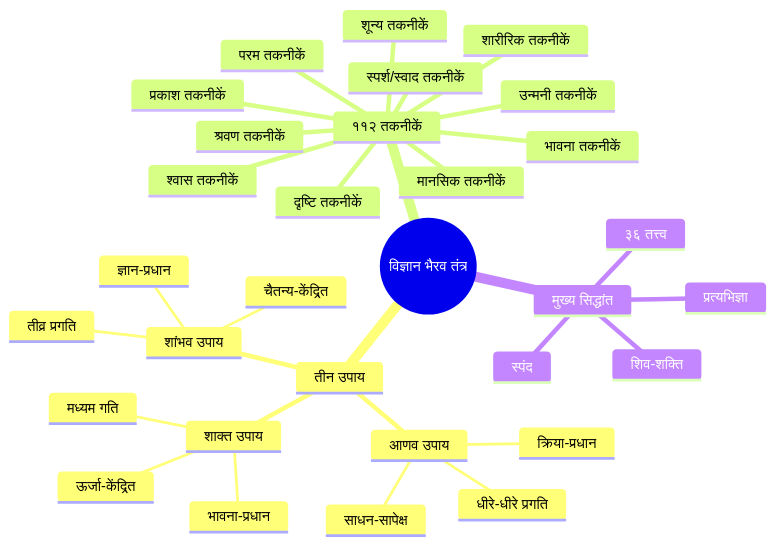
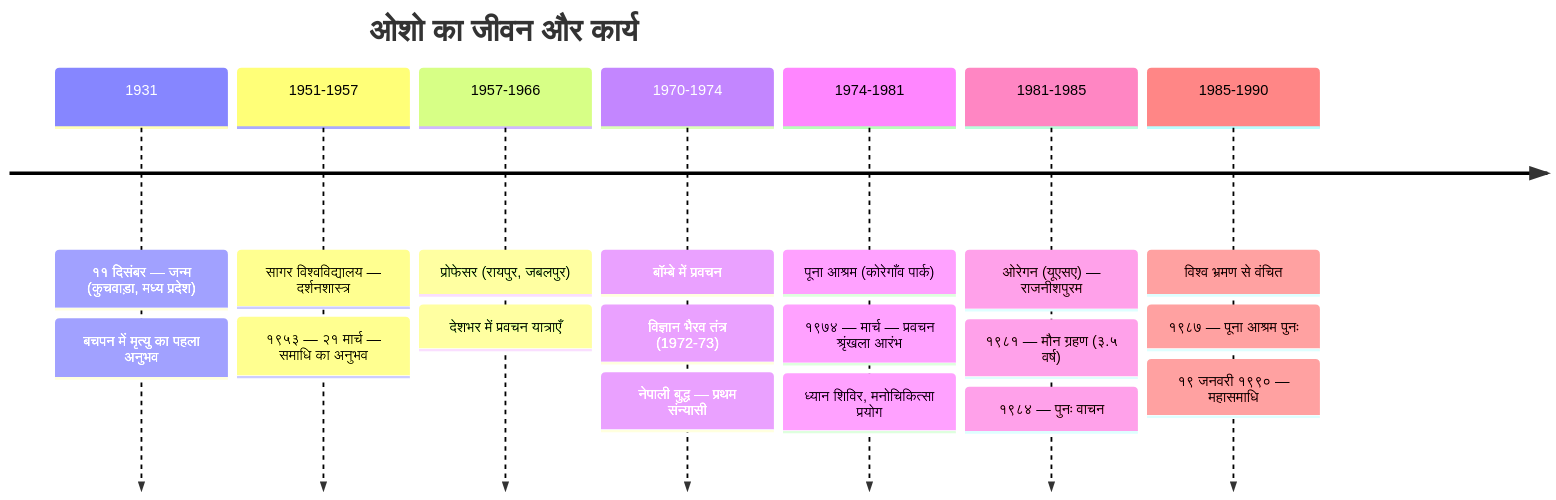
One commit to Raushan666java/ai-engineering-journey changed the first of 3 diagrams in docs/courses/vigyan-bhairav-tantra/index.md. Above: the diagram before and after it, drawn with Mermaid. The commit also changed other lines of this file and 37 other files, not shown here.

````diff
--- a/docs/courses/vigyan-bhairav-tantra/index.md
+++ b/docs/courses/vigyan-bhairav-tantra/index.md
@@ -39,34 +52,22 @@
 ```mermaid
-mindmap
-  root((विज्ञान भैरव तंत्र))
-    तीन उपाय
-      आणव उपाय
-        साधन-सापेक्ष
-        क्रिया-प्रधान
-        धीरे-धीरे प्रगति
-      शाक्त उपाय
-        ऊर्जा-केंद्रित
-        भावना-प्रधान
-        मध्यम गति
-      शांभव उपाय
-        चैतन्य-केंद्रित
-        ज्ञान-प्रधान
-        तीव्र प्रगति
-    ११२ तकनीकें
-      श्वास तकनीकें
-      शारीरिक तकनीकें
-      दृष्टि तकनीकें
-      श्रवण तकनीकें
-      स्पर्श/स्वाद तकनीकें
-      मानसिक तकनीकें
-      भावना तकनीकें
-      प्रकाश तकनीकें
-      उन्मनी तकनीकें
-      शून्य तकनीकें
-      परम तकनीकें
-    मुख्य सिद्धांत
-      शिव-शक्ति
-      स्पंद
-      प्रत्यभिज्ञा
-      ३६ तत्त्व
+timeline
+    title ओशो का जीवन और कार्य
+    1931 : ११ दिसंबर — जन्म (कुचवाड़ा, मध्य प्रदेश)
+         : बचपन में मृत्यु का पहला अनुभव
+    1951-1957 : सागर विश्वविद्यालय — दर्शनशास्त्र
+              : १९५३ — २१ मार्च — समाधि का अनुभव
+    1957-1966 : प्रोफेसर (रायपुर, जबलपुर)
+              : देशभर में प्रवचन यात्राएँ
+    1970-1974 : बॉम्बे में प्रवचन
+              : विज्ञान भैरव तंत्र (1972-73)
+              : नेपाली बुद्ध — प्रथम संन्यासी
+    1974-1981 : पूना आश्रम (कोरेगाँव पार्क)
+              : १९७४ — मार्च — प्रवचन श्रृंखला आरंभ
+              : ध्यान शिविर, मनोचिकित्सा प्रयोग
+    1981-1985 : ओरेगन (यूएसए) — राजनीशपुरम
+              : १९८१ — मौन ग्रहण (३.५ वर्ष)
+              : १९८४ — पुनः वाचन
+    1985-1990 : विश्व भ्रमण से वंचित
+              : १९८७ — पूना आश्रम पुनः
+              : १९ जनवरी १९९० — महासमाधि
 ```
````
